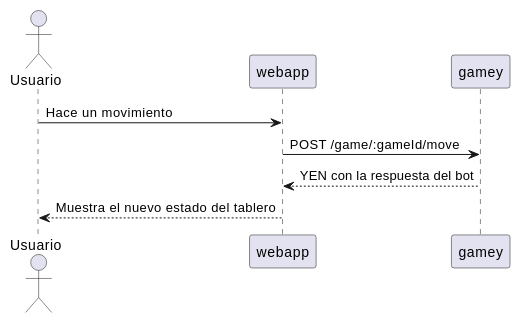
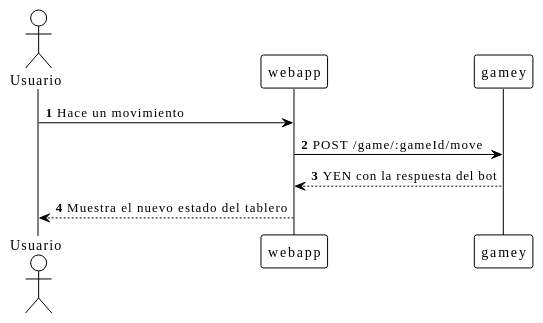
Before and after one commit to Arquisoft/yovi_es2a: the third of 7 diagrams in docs/src/06_runtime_view.adoc, drawn with PlantUML. The commit also changed other lines of this file and 2 other files, not shown here.

```diff
--- a/docs/src/06_runtime_view.adoc
+++ b/docs/src/06_runtime_view.adoc
@@ -48,13 +55,16 @@
 [plantuml, runtime-move, png]
 ....
-@startuml
+!theme plain
+autonumber
+skinparam monochrome true
+
 actor Usuario
 participant "webapp" as web
 participant "gamey" as game
 
 Usuario -> web: Hace un movimiento
 web -> game: POST /game/:gameId/move
 game --> web: YEN con la respuesta del bot
 web --> Usuario: Muestra el nuevo estado del tablero
 @enduml
 ....
```
